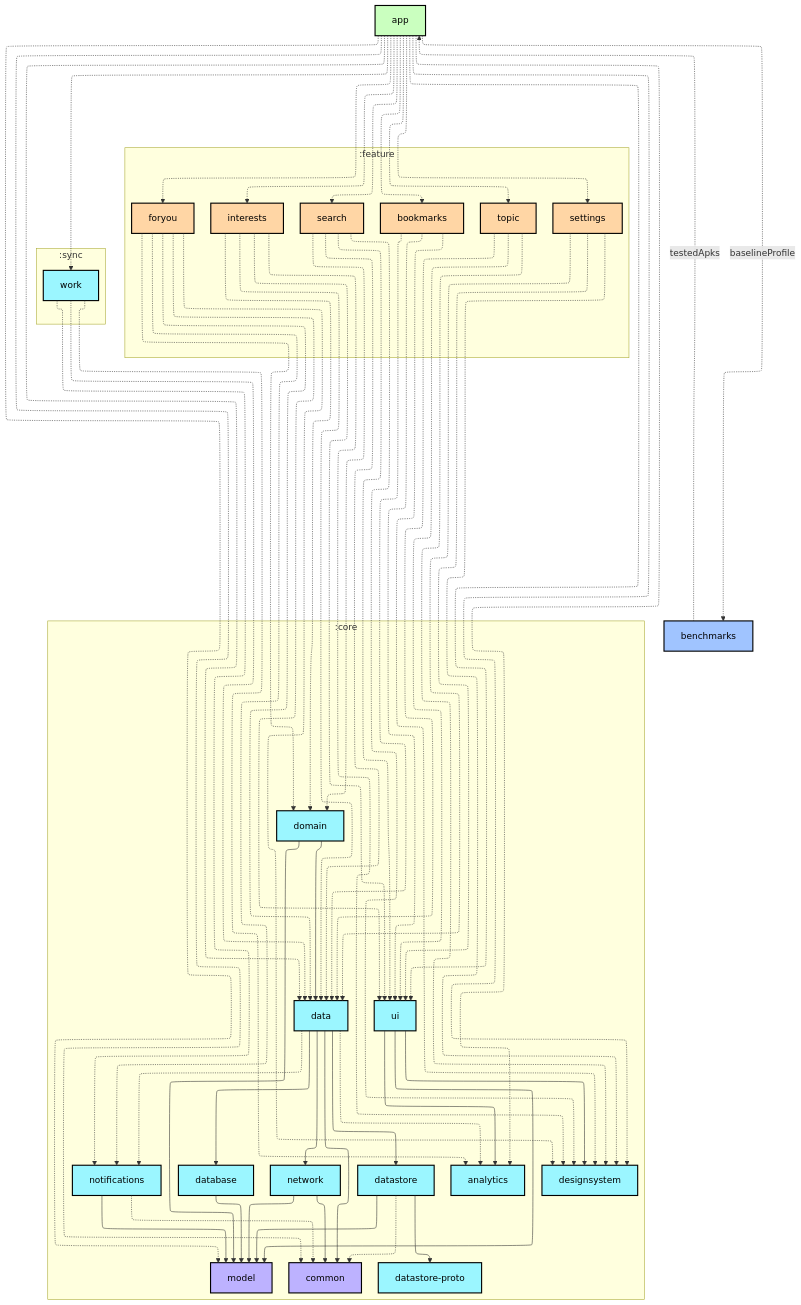
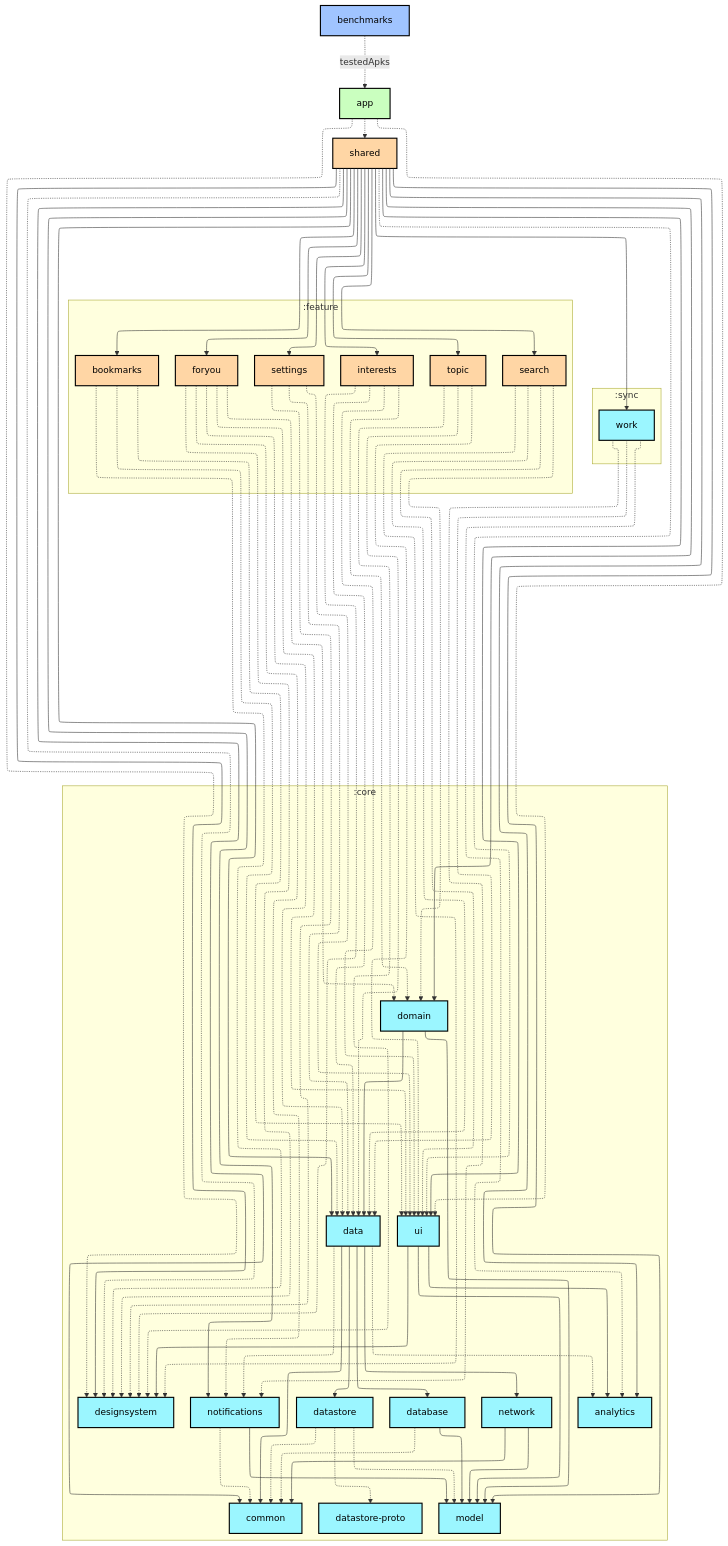
Before and after one commit to lihenggui/nowinkmp: the first of 2 diagrams in benchmarks/README.md, drawn with Mermaid. The commit also changed other lines of this file and 29 other files, not shown here.

First line of the commit message:
Fix graphUpdate configuration cache compatibility

````diff
--- a/benchmarks/README.md
+++ b/benchmarks/README.md
@@ -11,51 +11,41 @@
     nodePlacementStrategy: SIMPLE
 ---
 graph TB
-  subgraph :core
+  subgraph :sync
     direction TB
-    :core:analytics[analytics]:::android-library
-    :core:common[common]:::jvm-library
-    :core:data[data]:::android-library
-    :core:database[database]:::android-library
-    :core:datastore[datastore]:::android-library
-    :core:datastore-proto[datastore-proto]:::android-library
-    :core:designsystem[designsystem]:::android-library
-    :core:domain[domain]:::android-library
-    :core:model[model]:::jvm-library
-    :core:network[network]:::android-library
-    :core:notifications[notifications]:::android-library
-    :core:ui[ui]:::android-library
+    :sync:work[work]:::kmp-library
   end
   subgraph :feature
     direction TB
-    :feature:bookmarks[bookmarks]:::android-feature
-    :feature:foryou[foryou]:::android-feature
-    :feature:interests[interests]:::android-feature
-    :feature:search[search]:::android-feature
-    :feature:settings[settings]:::android-feature
-    :feature:topic[topic]:::android-feature
+    :feature:bookmarks[bookmarks]:::cmp-feature
+    :feature:foryou[foryou]:::cmp-feature
+    :feature:interests[interests]:::cmp-feature
+    :feature:search[search]:::cmp-feature
+    :feature:settings[settings]:::cmp-feature
+    :feature:topic[topic]:::cmp-feature
   end
-  subgraph :sync
+  subgraph :core
     direction TB
-    :sync:work[work]:::android-library
+    :core:analytics[analytics]:::kmp-library
+    :core:common[common]:::kmp-library
+    :core:data[data]:::kmp-library
+    :core:database[database]:::kmp-library
+    :core:datastore[datastore]:::kmp-library
+    :core:datastore-proto[datastore-proto]:::kmp-library
+    :core:designsystem[designsystem]:::kmp-library
+    :core:domain[domain]:::kmp-library
+    :core:model[model]:::kmp-library
+    :core:network[network]:::kmp-library
+    :core:notifications[notifications]:::kmp-library
+    :core:ui[ui]:::kmp-library
   end
+  :shared[shared]:::cmp-feature
   :benchmarks[benchmarks]:::android-test
-  :app[app]:::android-application
+  :app[app]:::cmp-application
 
-  :app -.->|baselineProfile| :benchmarks
-  :app -.-> :core:analytics
-  :app -.-> :core:common
-  :app -.-> :core:data
   :app -.-> :core:designsystem
-  :app -.-> :core:model
   :app -.-> :core:ui
-  :app -.-> :feature:bookmarks
-  :app -.-> :feature:foryou
-  :app -.-> :feature:interests
-  :app -.-> :feature:search
-  :app -.-> :feature:settings
-  :app -.-> :feature:topic
-  :app -.-> :sync:work
+  :app -.-> :shared
   :benchmarks -.->|testedApks| :app
   :core:data -.-> :core:analytics
   :core:data --> :core:common
@@ -63,10 +53,11 @@
   :core:data --> :core:datastore
   :core:data --> :core:network
   :core:data -.-> :core:notifications
+  :core:database -.-> :core:common
   :core:database --> :core:model
   :core:datastore -.-> :core:common
-  :core:datastore --> :core:datastore-proto
-  :core:datastore --> :core:model
+  :core:datastore -.-> :core:datastore-proto
+  :core:datastore -.-> :core:model
   :core:domain --> :core:data
   :core:domain --> :core:model
   :core:network --> :core:common
@@ -98,14 +89,31 @@
   :feature:topic -.-> :core:data
   :feature:topic -.-> :core:designsystem
   :feature:topic -.-> :core:ui
+  :shared --> :core:analytics
+  :shared --> :core:common
+  :shared --> :core:data
+  :shared --> :core:designsystem
+  :shared -.-> :core:designsystem
+  :shared --> :core:domain
+  :shared --> :core:model
+  :shared --> :core:notifications
+  :shared --> :core:ui
+  :shared -.-> :core:ui
+  :shared --> :feature:bookmarks
+  :shared --> :feature:foryou
+  :shared --> :feature:interests
+  :shared --> :feature:search
+  :shared --> :feature:settings
+  :shared --> :feature:topic
+  :shared --> :sync:work
   :sync:work -.-> :core:analytics
   :sync:work -.-> :core:data
   :sync:work -.-> :core:notifications
 
-classDef android-application fill:#CAFFBF,stroke:#000,stroke-width:2px,color:#000;
-classDef android-feature fill:#FFD6A5,stroke:#000,stroke-width:2px,color:#000;
-classDef android-library fill:#9BF6FF,stroke:#000,stroke-width:2px,color:#000;
+classDef cmp-application fill:#CAFFBF,stroke:#000,stroke-width:2px,color:#000;
+classDef cmp-feature fill:#FFD6A5,stroke:#000,stroke-width:2px,color:#000;
+classDef kmp-library fill:#9BF6FF,stroke:#000,stroke-width:2px,color:#000;
+classDef jvm-library fill:#BDB2FF,stroke:#000,stroke-width:2px,color:#000;
 classDef android-test fill:#A0C4FF,stroke:#000,stroke-width:2px,color:#000;
-classDef jvm-library fill:#BDB2FF,stroke:#000,stroke-width:2px,color:#000;
 classDef unknown fill:#FFADAD,stroke:#000,stroke-width:2px,color:#000;
 ```
````
